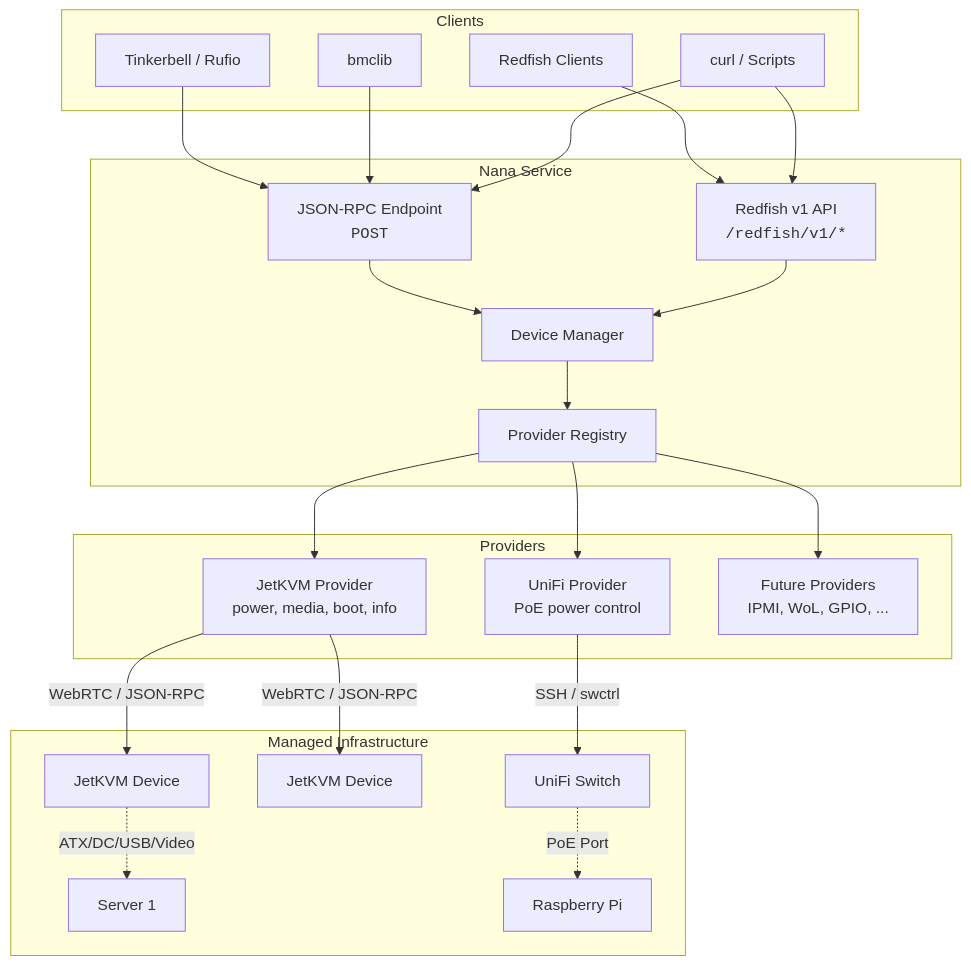
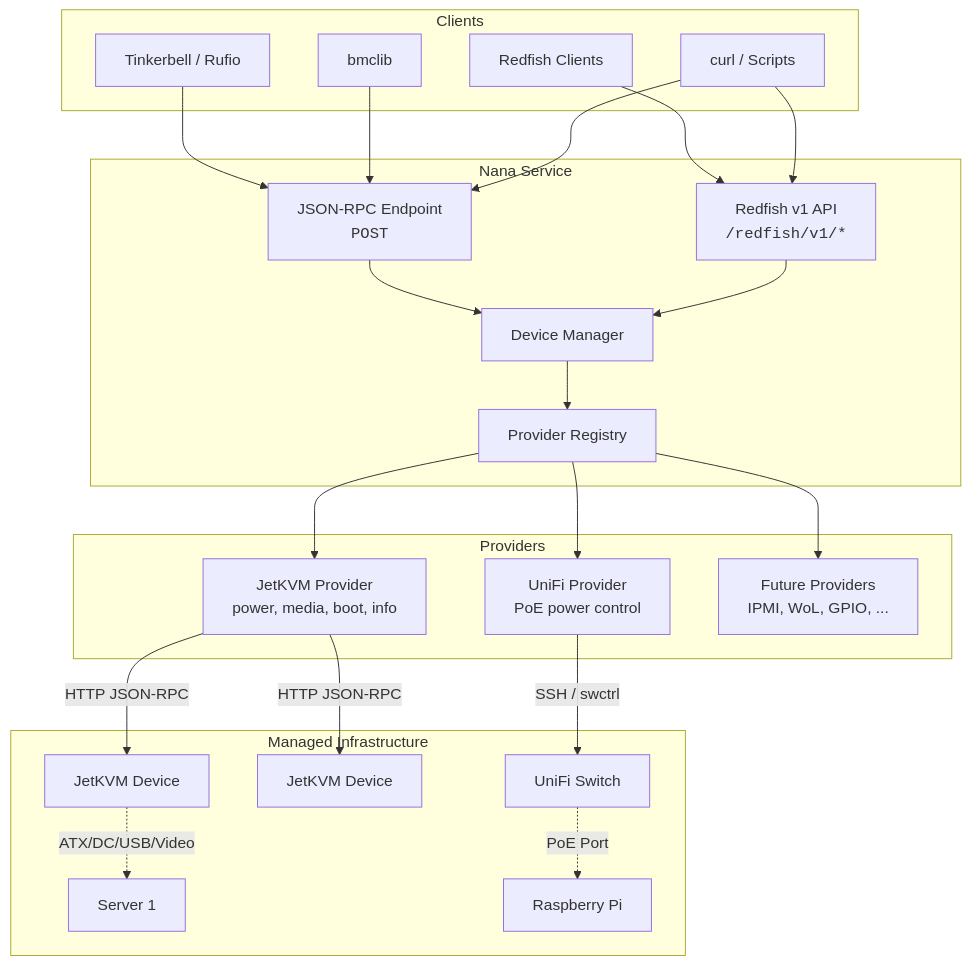
One commit to tinkerbell-community/nana changed the first of 9 diagrams in README.md. Above: the diagram before and after it, drawn with Mermaid. The commit also changed other lines of this file and 7 other files, not shown here.

````diff
--- a/README.md
+++ b/README.md
@@ -12,41 +12,41 @@
 ```mermaid
 graph TB
     subgraph Clients
         TK[Tinkerbell / Rufio]
         BL[bmclib]
         RF[Redfish Clients]
         CL[curl / Scripts]
     end
 
     subgraph "Nana Service"
         RPC[JSON-RPC Endpoint<br/><code>POST </code>]
         RED[Redfish v1 API<br/><code>/redfish/v1/*</code>]
         DM[Device Manager]
         PR[Provider Registry]
     end
 
     subgraph Providers
         JK[JetKVM Provider<br/>power, media, boot, info]
         UF[UniFi Provider<br/>PoE power control]
         FP[Future Providers<br/>IPMI, WoL, GPIO, ...]
     end
 
     subgraph "Managed Infrastructure"
         KVM1[JetKVM Device]
         KVM2[JetKVM Device]
         USW[UniFi Switch]
         SRV1[Server 1]
         SRV2[Raspberry Pi]
     end
 
     TK & BL --> RPC
     RF --> RED
     CL --> RPC & RED
     RPC & RED --> DM
     DM --> PR
     PR --> JK & UF & FP
-    JK -- "WebRTC / JSON-RPC" --> KVM1 & KVM2
+    JK -- "HTTP JSON-RPC" --> KVM1 & KVM2
     UF -- "SSH / swctrl" --> USW
     KVM1 -. "ATX/DC/USB/Video" .-> SRV1
     USW -. "PoE Port" .-> SRV2
 ```
````
